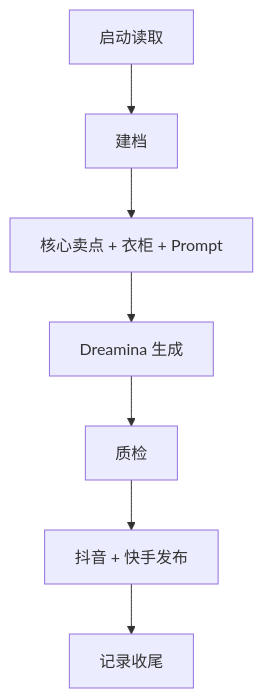
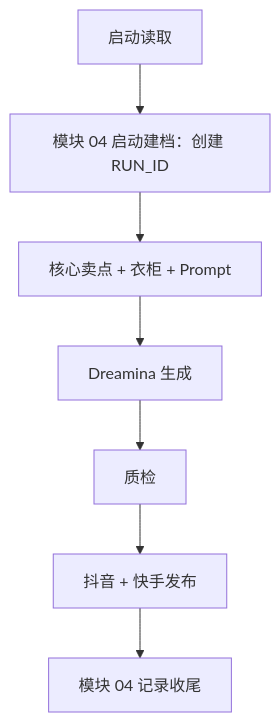
One commit to xsddpx/dy changed the diagram in README.md. Above: the diagram before and after it, drawn with Mermaid.

Commit message:
docs: show RUN_ID initialization before module 01

````diff
--- a/README.md
+++ b/README.md
@@ -6,9 +6,9 @@
 ```mermaid
 flowchart TD
-  A["启动读取"] --> B["建档"]
+  A["启动读取"] --> B["模块 04 启动建档：创建 RUN_ID"]
   B --> C["核心卖点 + 衣柜 + Prompt"]
   C --> D["Dreamina 生成"]
   D --> E["质检"]
   E --> F["抖音 + 快手发布"]
-  F --> G["记录收尾"]
+  F --> G["模块 04 记录收尾"]
 ```
````
